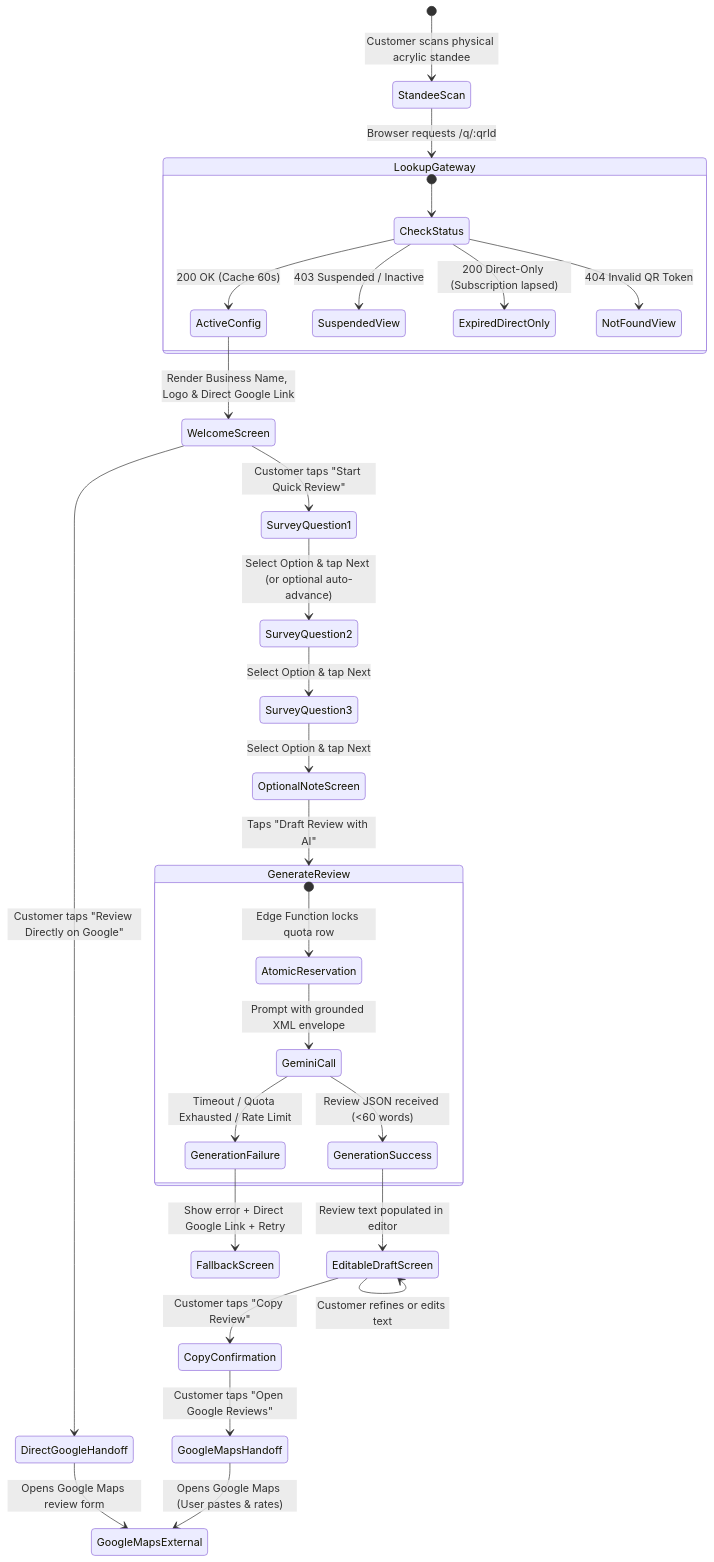
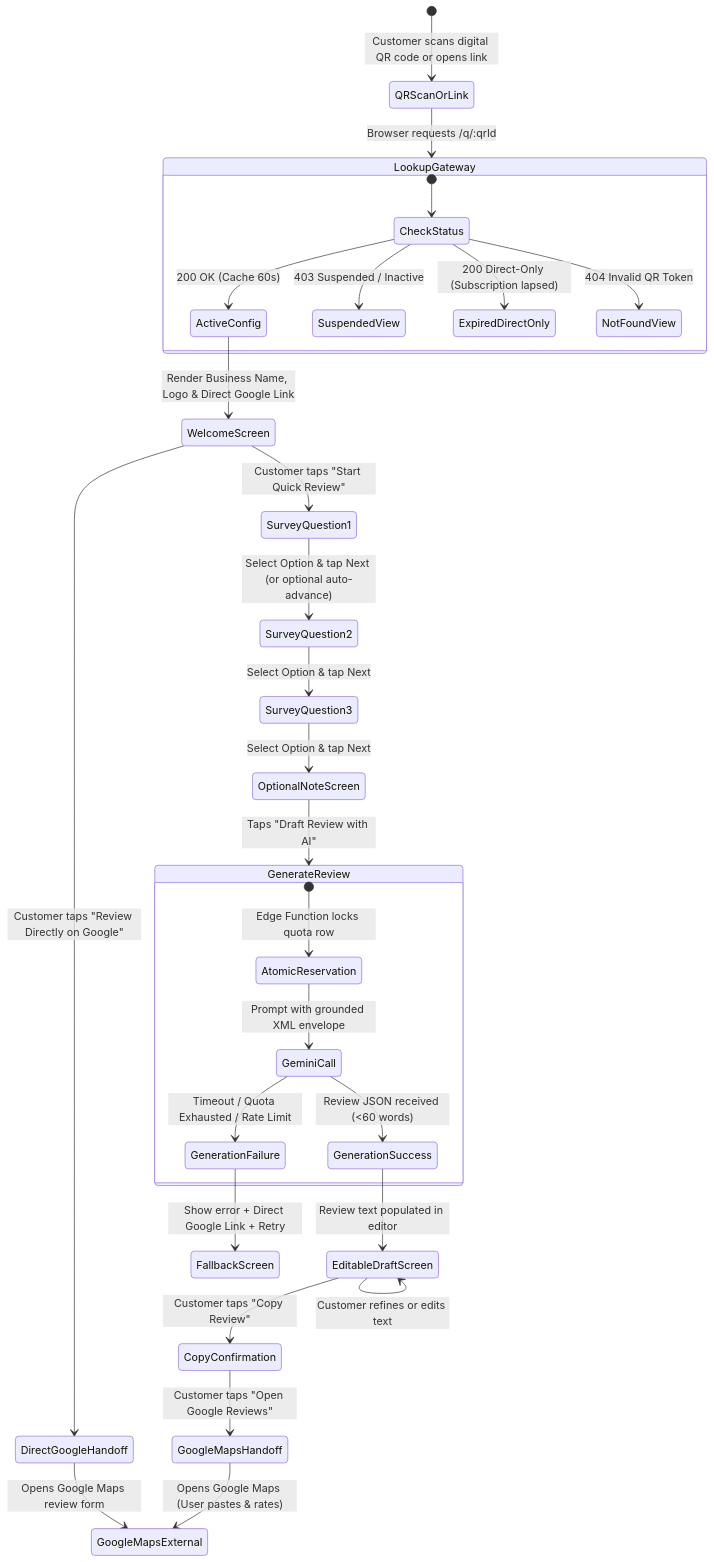
The diagram in docs/UI_UX.md (Sai-KT/QR_review), drawn with Mermaid before and after one commit. The commit also changed other lines of this file and 9 other files, not shown here.

````diff
--- a/docs/UI_UX.md
+++ b/docs/UI_UX.md
@@ -230,39 +230,39 @@
 ```mermaid
 stateDiagram-v2
-    [*] --> StandeeScan: Customer scans physical acrylic standee
-    StandeeScan --> LookupGateway: Browser requests /q/:qrId
-    
+    [*] --> QRScanOrLink: Customer scans digital QR code or opens link
+    QRScanOrLink --> LookupGateway: Browser requests /q/:qrId
+
     state LookupGateway {
         [*] --> CheckStatus
         CheckStatus --> ActiveConfig: 200 OK (Cache 60s)
         CheckStatus --> SuspendedView: 403 Suspended / Inactive
         CheckStatus --> ExpiredDirectOnly: 200 Direct-Only (Subscription lapsed)
         CheckStatus --> NotFoundView: 404 Invalid QR Token
     }
 
     ActiveConfig --> WelcomeScreen: Render Business Name, Logo & Direct Google Link
     WelcomeScreen --> DirectGoogleHandoff: Customer taps "Review Directly on Google"
     WelcomeScreen --> SurveyQuestion1: Customer taps "Start Quick Review"
-    
+
     SurveyQuestion1 --> SurveyQuestion2: Select Option & tap Next (or optional auto-advance)
     SurveyQuestion2 --> SurveyQuestion3: Select Option & tap Next
     SurveyQuestion3 --> OptionalNoteScreen: Select Option & tap Next
-    
+
     OptionalNoteScreen --> GenerateReview: Taps "Draft Review with AI"
-    
+
     state GenerateReview {
         [*] --> AtomicReservation: Edge Function locks quota row
         AtomicReservation --> GeminiCall: Prompt with grounded XML envelope
         GeminiCall --> GenerationSuccess: Review JSON received (<60 words)
         GeminiCall --> GenerationFailure: Timeout / Quota Exhausted / Rate Limit
     }
 
     GenerationSuccess --> EditableDraftScreen: Review text populated in editor
     EditableDraftScreen --> EditableDraftScreen: Customer refines or edits text
     EditableDraftScreen --> CopyConfirmation: Customer taps "Copy Review"
     CopyConfirmation --> GoogleMapsHandoff: Customer taps "Open Google Reviews"
-    
+
     GenerationFailure --> FallbackScreen: Show error + Direct Google Link + Retry
     DirectGoogleHandoff --> GoogleMapsExternal: Opens Google Maps review form
     GoogleMapsHandoff --> GoogleMapsExternal: Opens Google Maps (User pastes & rates)
 ```
````
